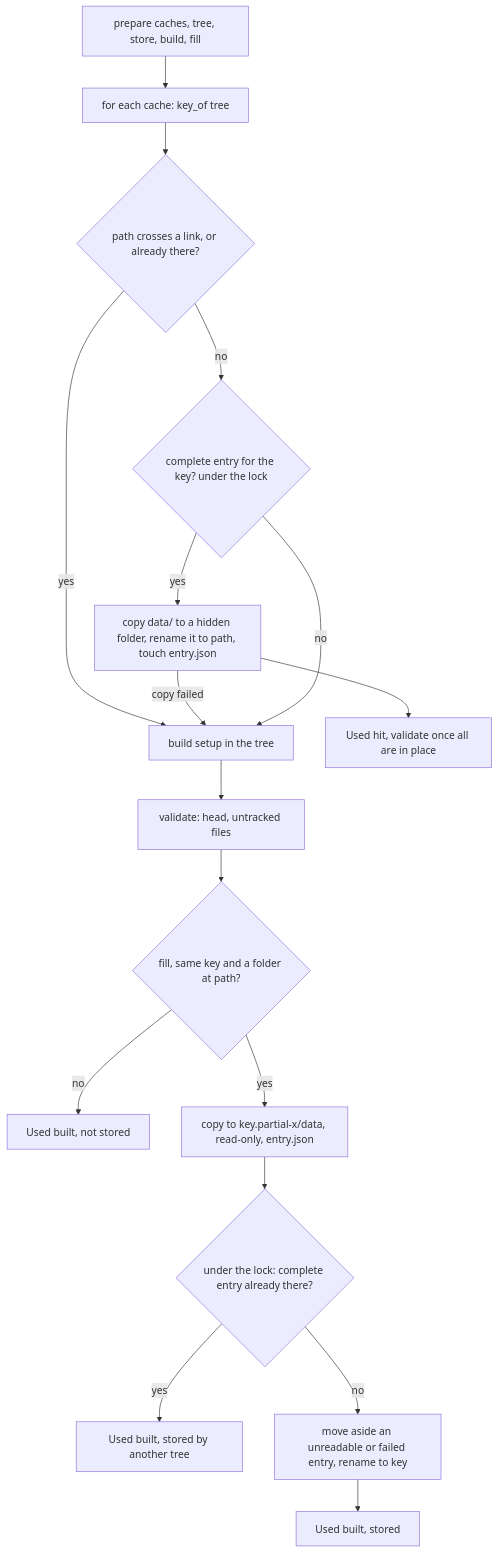
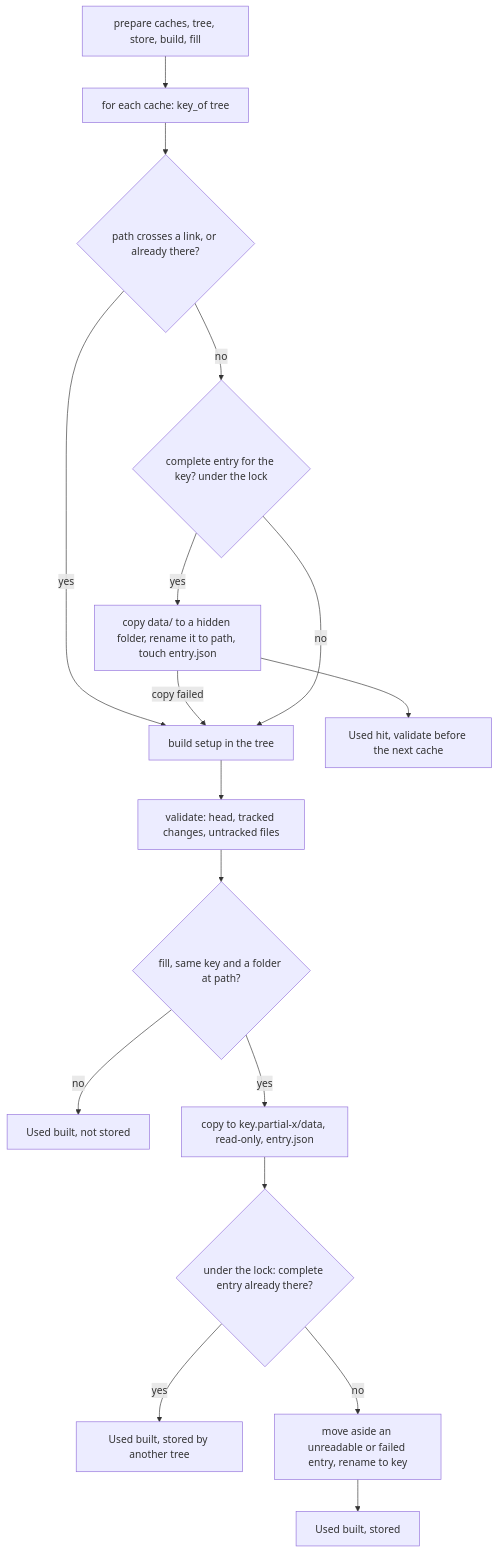
Before and after one commit to plaplanche/ariane: the first of 3 diagrams in docs/architecture/modules/cache.md, drawn with Mermaid. The commit also changed other lines of this file and 8 other files, not shown here.

First line of the commit message:
#209: hand takeover: check each copied cache at once, refuse tracked changes before storing (C9, ADR 0054)

````diff
--- a/docs/architecture/modules/cache.md
+++ b/docs/architecture/modules/cache.md
@@ -39,19 +39,19 @@
 ```mermaid
 flowchart TD
   A[prepare caches, tree, store, build, fill] --> B[for each cache: key_of tree]
   B --> P{path crosses a link, or already there?}
   P -- yes --> E
   P -- no --> C{complete entry for the key? under the lock}
   C -- yes --> D[copy data/ to a hidden folder, rename it to path, touch entry.json]
   D -- copy failed --> E
-  D --> H[Used hit, validate once all are in place]
+  D --> H[Used hit, validate before the next cache]
   C -- no --> E[build setup in the tree]
-  E --> V[validate: head, untracked files]
+  E --> V[validate: head, tracked changes, untracked files]
   V --> F{fill, same key and a folder at path?}
   F -- no --> G[Used built, not stored]
   F -- yes --> I[copy to key.partial-x/data, read-only, entry.json]
   I --> L{under the lock: complete entry already there?}
   L -- yes --> M[Used built, stored by another tree]
   L -- no --> J[move aside an unreadable or failed entry, rename to key]
   J --> K[Used built, stored]
 ```
````
